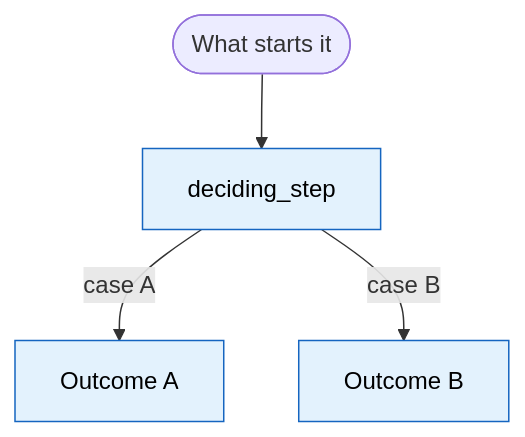
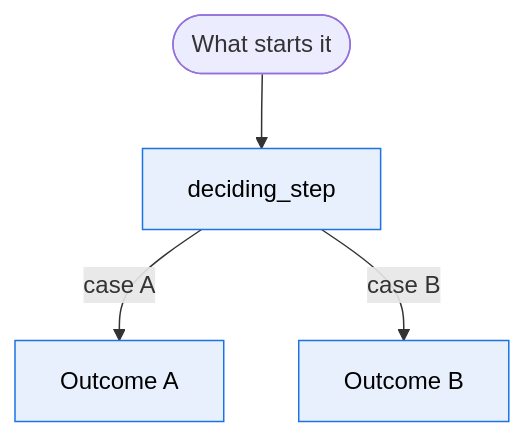
Before and after one commit to baptiste-pasquier/skills: the diagram in docs-taxonomy/references/templates/deep-dive.md, drawn with Mermaid. The commit also changed other lines of this file and 13 other files, not shown here.

````diff
--- a/docs-taxonomy/references/templates/deep-dive.md
+++ b/docs-taxonomy/references/templates/deep-dive.md
@@ -19,9 +20,9 @@
 ```mermaid
 flowchart TD
     trigger([What starts it]) --> decide["deciding_step"]
     decide -->|"case A"| outA["Outcome A"]
     decide -->|"case B"| outB["Outcome B"]
 
-    classDef det fill:#e3f2fd,stroke:#1565c0,color:#000
-    class decide,outA,outB det
+    classDef code fill:#e8f0fe,stroke:#1a73e8,color:#000
+    class decide,outA,outB code
 ```
````
